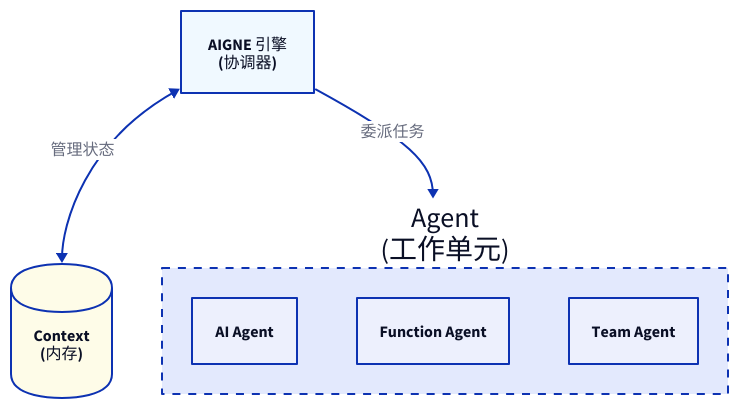
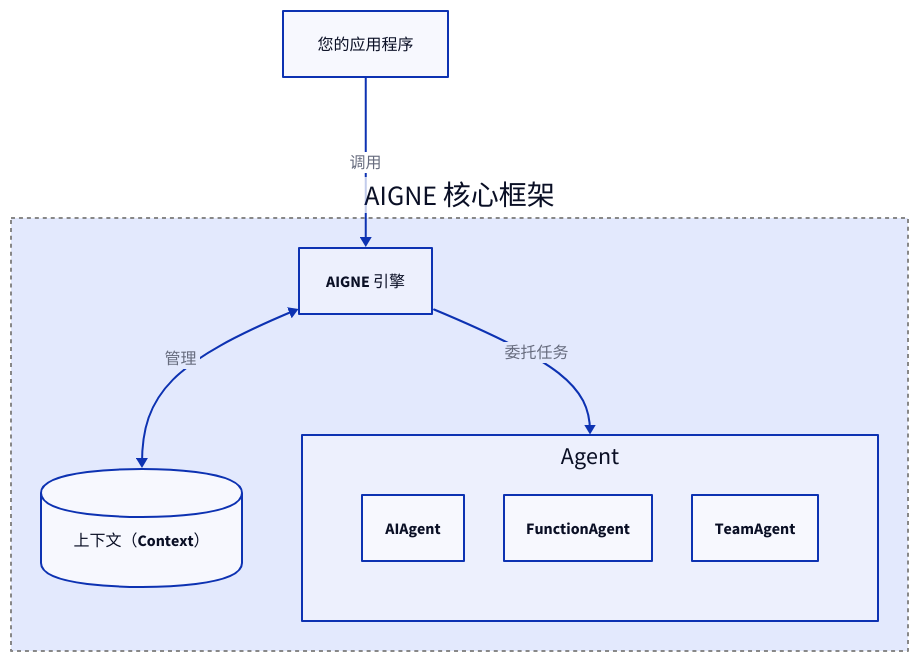
The diagram in .aigne/doc-smith/docs/core.zh.md (AIGNE-io/aigne-framework), drawn with D2 before and after one commit. The commit also changed other lines of this file and 16 other files, not shown here.

````diff
--- a/.aigne/doc-smith/docs/core.zh.md
+++ b/.aigne/doc-smith/docs/core.zh.md
@@ -11,37 +15,41 @@
-```d2 AIGNE 核心架构 icon=lucide:workflow
+```d2
 direction: down
 
-AIGNE-Engine: {
-  label: "AIGNE 引擎\n(协调器)"
+app: {
+  label: "您的应用程序"
   shape: rectangle
-  style.fill: "#f0f9ff"
 }
 
-Context: {
-  label: "Context\n(内存)"
-  shape: cylinder
-  style.fill: "#fefce8"
-}
-
-Agents: {
-  label: "Agent\n(工作单元)"
+aigne-core: {
+  label: "AIGNE 核心框架"
   shape: rectangle
   style: {
-    stroke-dash: 4
+    stroke: "#888"
+    stroke-width: 2
+    stroke-dash: 2
   }
 
-  AIAgent: {
-    label: "AI Agent"
+  aigne-engine: {
+    label: "AIGNE 引擎"
   }
-  FunctionAgent: {
-    label: "Function Agent"
+
+  context: {
+    label: "上下文（Context）"
+    shape: cylinder
   }
-  TeamAgent: {
-    label: "Team Agent"
+
+  agents: {
+    label: "Agent"
+    shape: rectangle
+    grid-columns: 3
+
+    ai-agent: { label: "AIAgent" }
+    function-agent: { label: "FunctionAgent" }
+    team-agent: { label: "TeamAgent" }
   }
 }
 
-AIGNE-Engine <-> Context: "管理状态"
-AIGNE-Engine -> Agents: "委派任务"
-
+app -> aigne-core.aigne-engine: "调用"
+aigne-core.aigne-engine <-> aigne-core.context: "管理"
+aigne-core.aigne-engine -> aigne-core.agents: "委托任务"
 ```
````
